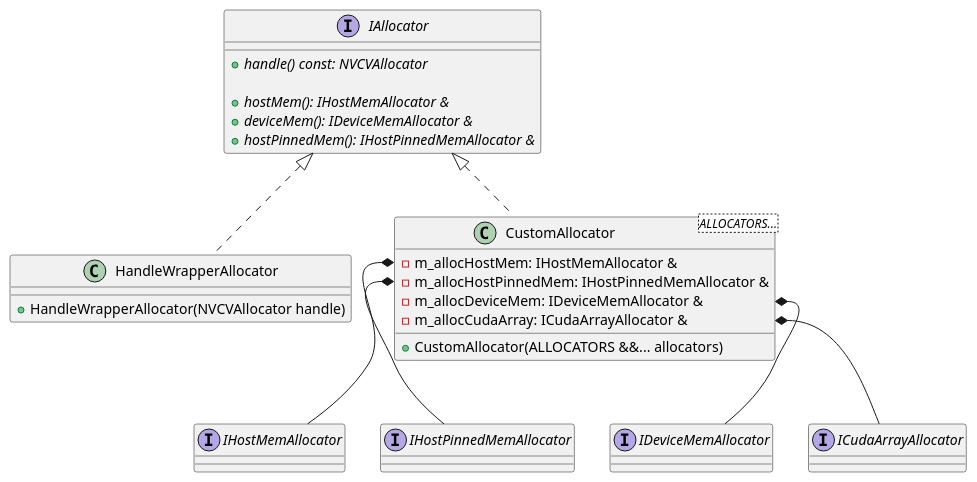
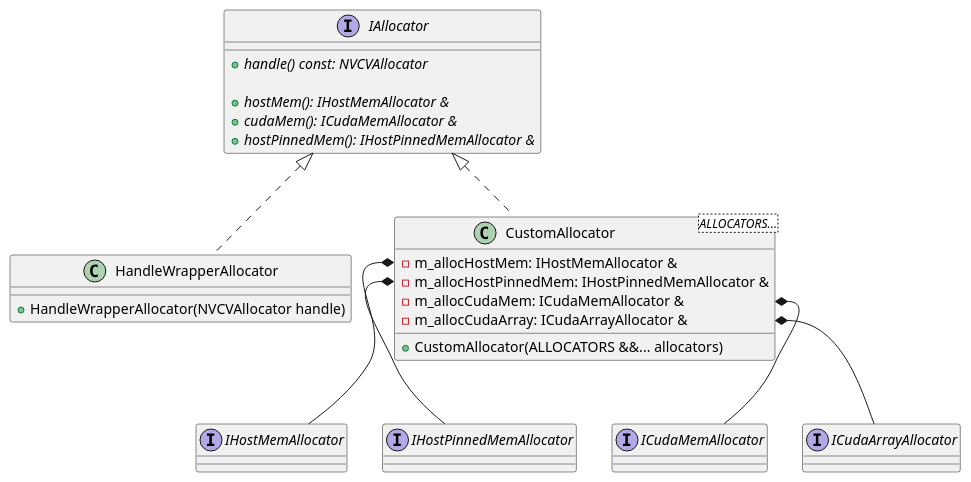
Before and after one commit to JanuszL/CV-CUDA: the diagram in docs/design/allocator_classes.puml, drawn with PlantUML. The commit also changed 155 other files, not shown here.

```diff
--- a/docs/design/allocator_classes.puml
+++ b/docs/design/allocator_classes.puml
@@ -13,37 +13,37 @@
 @startuml
 
 interface IAllocator
 {
      + {abstract} handle() const: NVCVAllocator
 
      + {abstract} hostMem(): IHostMemAllocator &
-     + {abstract} deviceMem(): IDeviceMemAllocator &
+     + {abstract} cudaMem(): ICudaMemAllocator &
      + {abstract} hostPinnedMem(): IHostPinnedMemAllocator &
 }
 
 class HandleWrapperAllocator implements IAllocator
 {
      + HandleWrapperAllocator(NVCVAllocator handle)
 }
 
 class CustomAllocator<ALLOCATORS...> implements IAllocator
 {
      + CustomAllocator(ALLOCATORS &&... allocators)
 
      - m_allocHostMem: IHostMemAllocator &
      - m_allocHostPinnedMem: IHostPinnedMemAllocator &
-     - m_allocDeviceMem: IDeviceMemAllocator &
+     - m_allocCudaMem: ICudaMemAllocator &
      - m_allocCudaArray: ICudaArrayAllocator &
 }
 
 interface IHostMemAllocator
 interface IHostPinnedMemAllocator
-interface IDeviceMemAllocator
+interface ICudaMemAllocator
 interface ICudaArrayAllocator
 
 CustomAllocator::m_allocHostMem *-- IHostMemAllocator
 CustomAllocator::m_allocHostPinnedMem *-- IHostPinnedMemAllocator
-CustomAllocator::m_allocDeviceMem *-- IDeviceMemAllocator
+CustomAllocator::m_allocCudaMem *-- ICudaMemAllocator
 CustomAllocator::m_allocCudaArray *-- ICudaArrayAllocator
 
 @enduml
```
